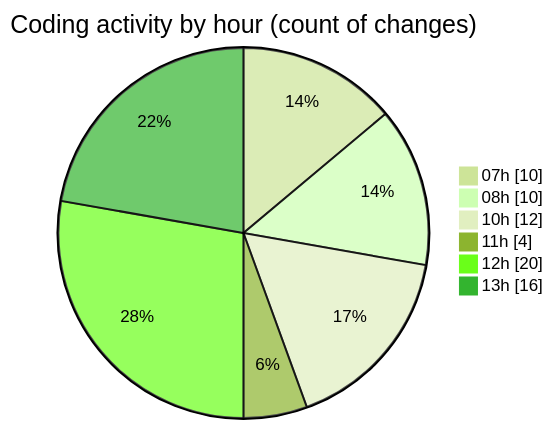
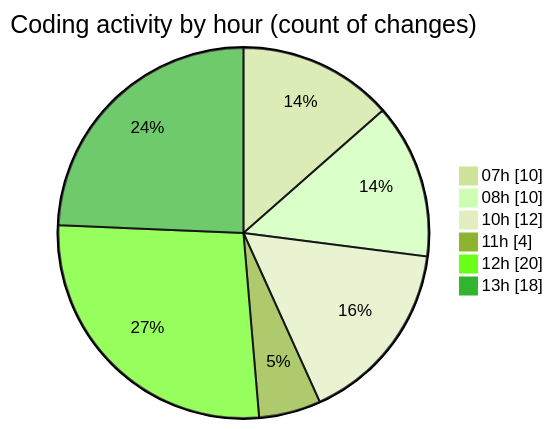
The second of 2 diagrams in 2026-02-08/singularitybrainai/README.md (tmsrecording-cyber/code-tracking), drawn with Mermaid (forest theme) before and after one commit. The commit also changed other lines of this file and 1 other file, not shown here.

````diff
--- a/2026-02-08/singularitybrainai/README.md
+++ b/2026-02-08/singularitybrainai/README.md
@@ -44,10 +45,10 @@
 ```mermaid
 pie showData
 title Coding activity by hour (count of changes)
 "07h" : 10
 "08h" : 10
 "10h" : 12
 "11h" : 4
 "12h" : 20
-"13h" : 16
+"13h" : 18
 ```
````
